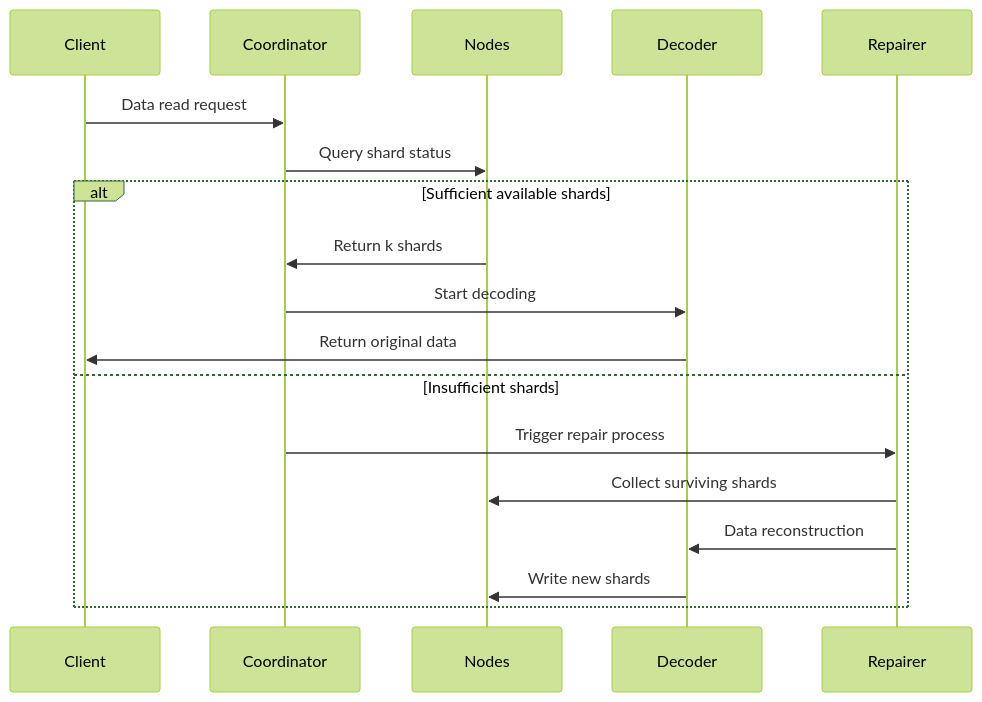
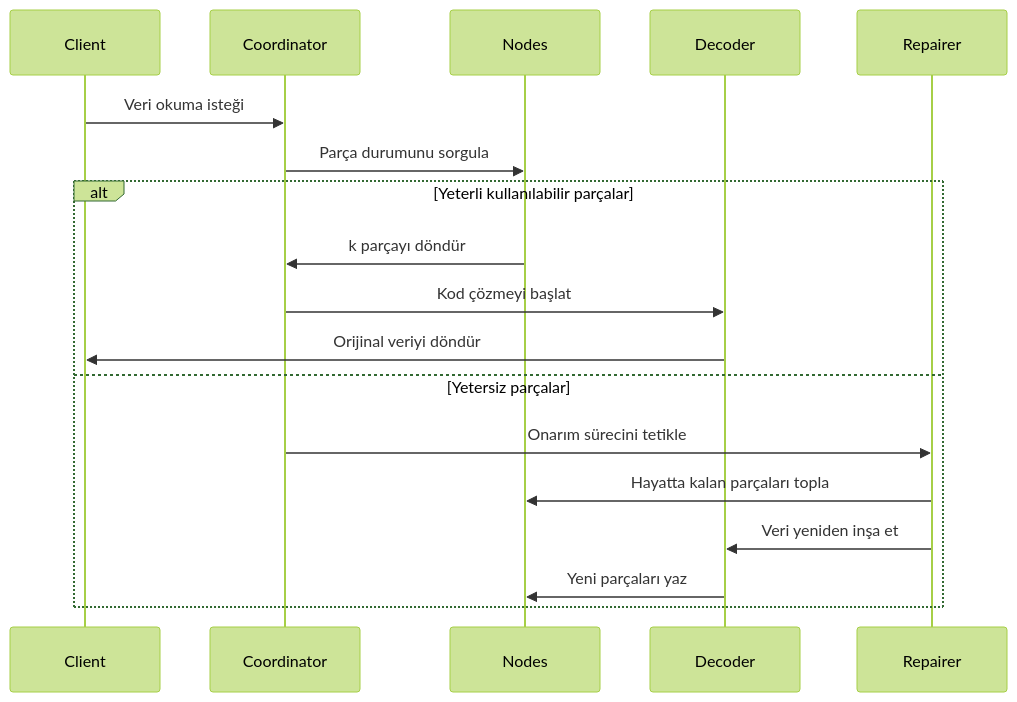
The diagram in docs/tr/concepts/erasure-coding.md (rustfs/docs.rustfs.com), drawn with Mermaid (forest theme) before and after one commit. The commit also changed other lines of this file and 55 other files, not shown here.

````diff
--- a/docs/tr/concepts/erasure-coding.md
+++ b/docs/tr/concepts/erasure-coding.md
@@ -150,15 +151,15 @@
 ```mermaid
 sequenceDiagram
-    Client->>Coordinator: Data read request
-    Coordinator->>Nodes: Query shard status
-    alt Sufficient available shards
-        Nodes->>Coordinator: Return k shards
-        Coordinator->>Decoder: Start decoding
-        Decoder->>Client: Return original data
-    else Insufficient shards
-        Coordinator->>Repairer: Trigger repair process
-        Repairer->>Nodes: Collect surviving shards
-        Repairer->>Decoder: Data reconstruction
-        Decoder->>Nodes: Write new shards
+    Client->>Coordinator: Veri okuma isteği
+    Coordinator->>Nodes: Parça durumunu sorgula
+    alt Yeterli kullanılabilir parçalar
+        Nodes->>Coordinator: k parçayı döndür
+        Coordinator->>Decoder: Kod çözmeyi başlat
+        Decoder->>Client: Orijinal veriyi döndür
+    else Yetersiz parçalar
+        Coordinator->>Repairer: Onarım sürecini tetikle
+        Repairer->>Nodes: Hayatta kalan parçaları topla
+        Repairer->>Decoder: Veri yeniden inşa et
+        Decoder->>Nodes: Yeni parçaları yaz
     end
 ```
````
